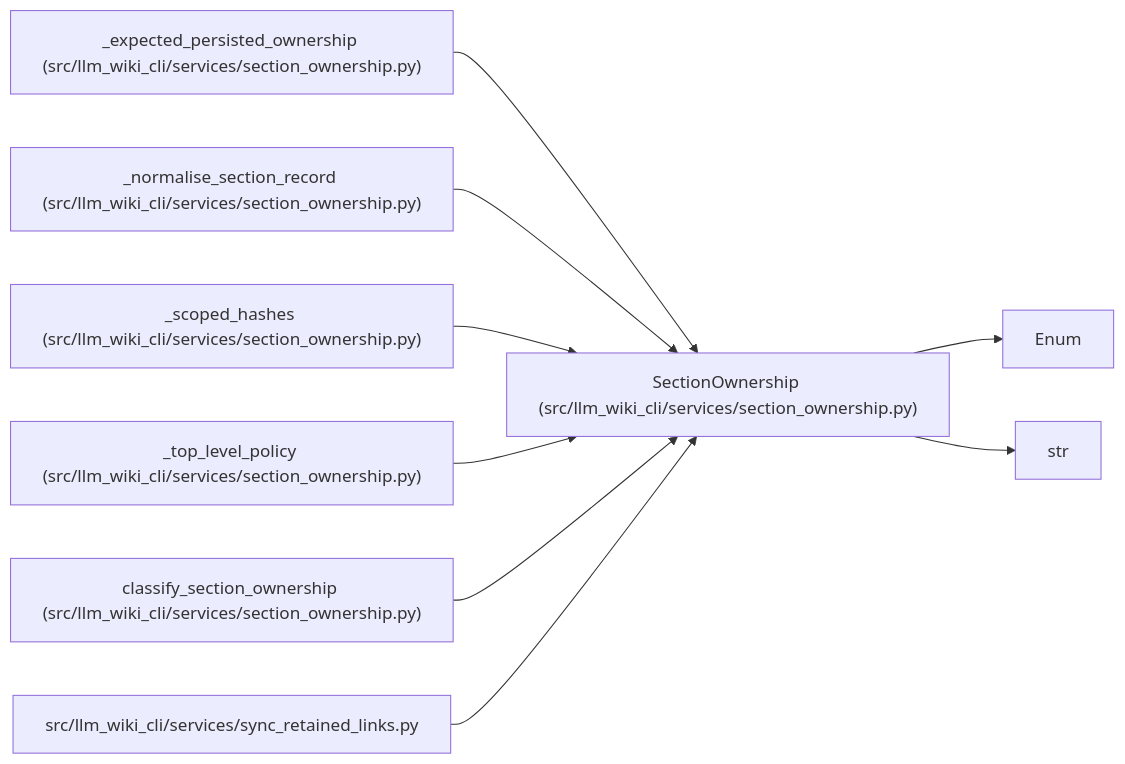
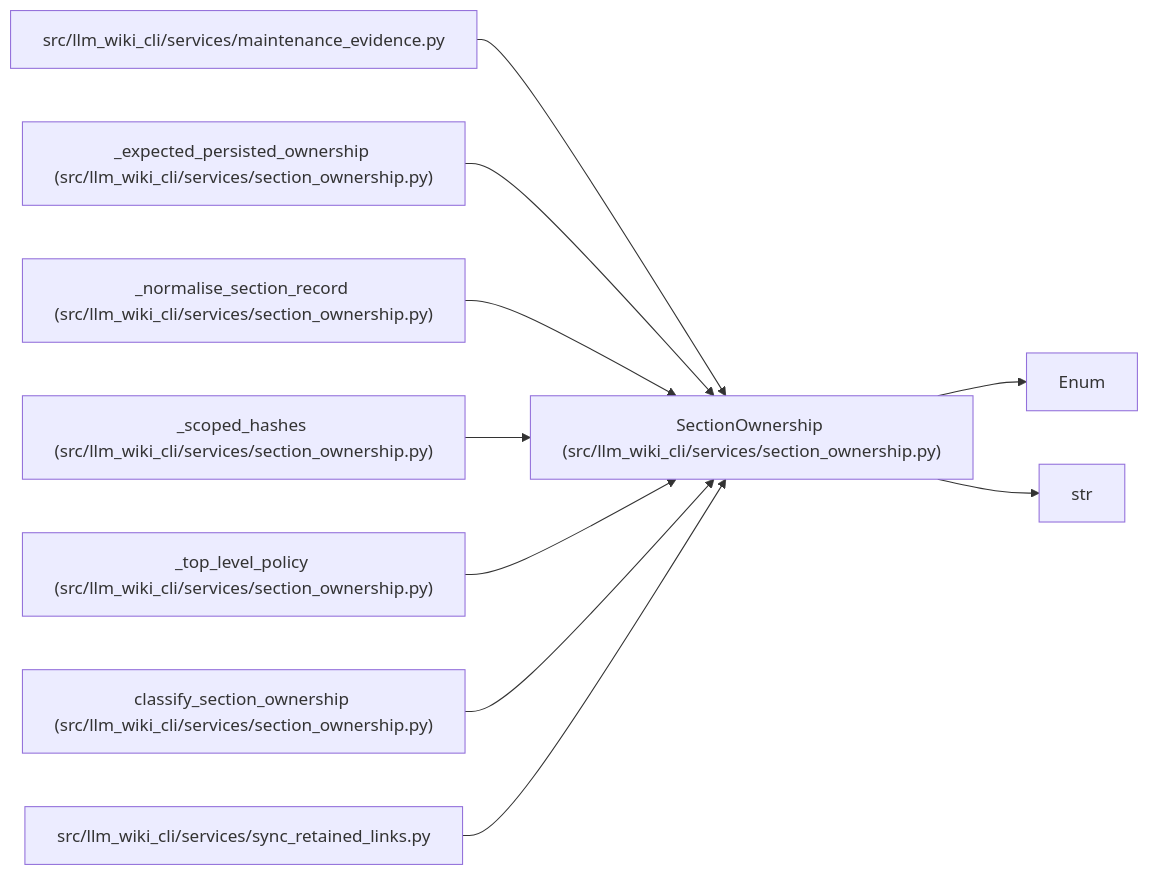
The diagram in docs/llm_wiki/entities/SectionOwnership.md (Denissvgn/python-wiki-llm), drawn with Mermaid before and after one commit. The commit also changed other lines of this file and 1410 other files, not shown here.

````diff
--- a/docs/llm_wiki/entities/SectionOwnership.md
+++ b/docs/llm_wiki/entities/SectionOwnership.md
@@ -28,27 +28,30 @@
 ```mermaid
 flowchart LR
     n0["SectionOwnership (src/llm_wiki_cli/services/section_ownership.py)"]
     n1["Enum"]
     n2["str"]
-    n3["_expected_persisted_ownership (src/llm_wiki_cli/services/section_ownership.py)"]
-    n4["_normalise_section_record (src/llm_wiki_cli/services/section_ownership.py)"]
-    n5["_scoped_hashes (src/llm_wiki_cli/services/section_ownership.py)"]
-    n6["_top_level_policy (src/llm_wiki_cli/services/section_ownership.py)"]
-    n7["classify_section_ownership (src/llm_wiki_cli/services/section_ownership.py)"]
-    n8["src/llm_wiki_cli/services/sync_retained_links.py"]
+    n3["src/llm_wiki_cli/services/maintenance_evidence.py"]
+    n4["_expected_persisted_ownership (src/llm_wiki_cli/services/section_ownership.py)"]
+    n5["_normalise_section_record (src/llm_wiki_cli/services/section_ownership.py)"]
+    n6["_scoped_hashes (src/llm_wiki_cli/services/section_ownership.py)"]
+    n7["_top_level_policy (src/llm_wiki_cli/services/section_ownership.py)"]
+    n8["classify_section_ownership (src/llm_wiki_cli/services/section_ownership.py)"]
+    n9["src/llm_wiki_cli/services/sync_retained_links.py"]
     n0 --> n1
     n0 --> n2
     n3 --> n0
     n4 --> n0
     n5 --> n0
     n6 --> n0
     n7 --> n0
     n8 --> n0
+    n9 --> n0
     click n0 "../modules/section_ownership.md"
-    click n3 "../modules/section_ownership.md"
+    click n3 "../modules/maintenance_evidence.md"
     click n4 "../modules/section_ownership.md"
     click n5 "../modules/section_ownership.md"
     click n6 "../modules/section_ownership.md"
     click n7 "../modules/section_ownership.md"
-    click n8 "../modules/sync_retained_links.md"
+    click n8 "../modules/section_ownership.md"
+    click n9 "../modules/sync_retained_links.md"
 ```
````
